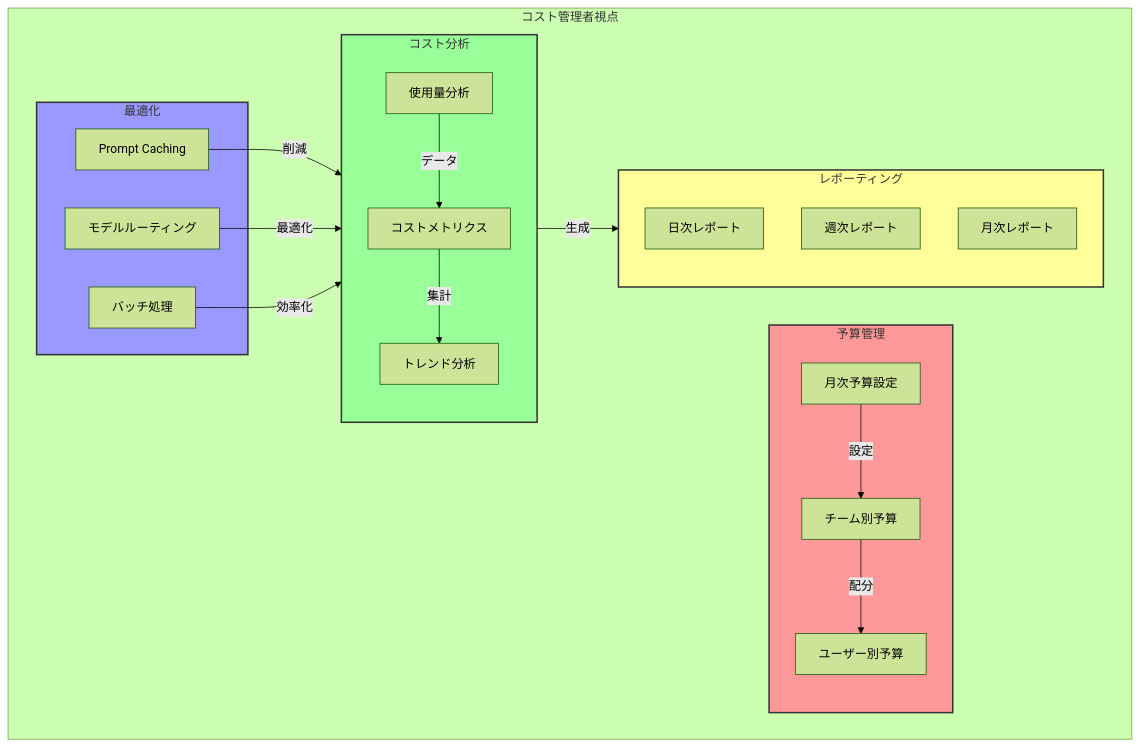
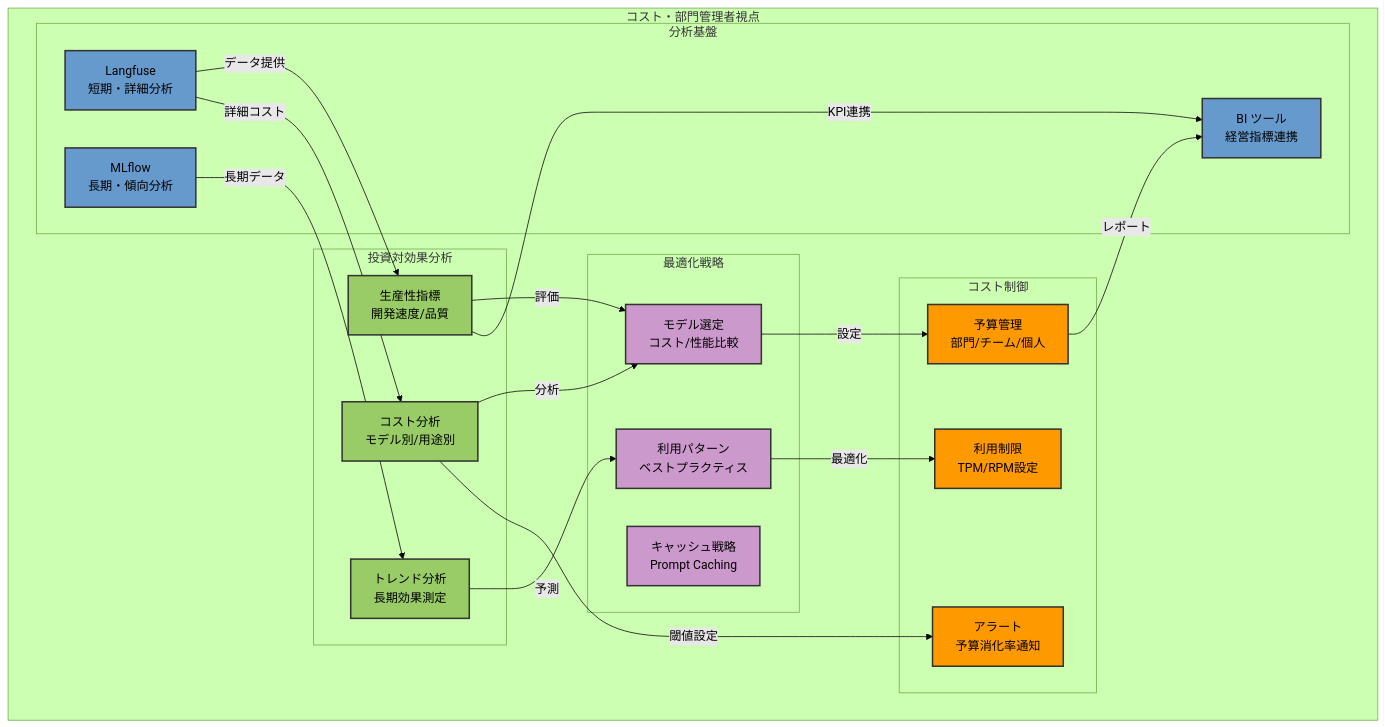
The third of 4 diagrams in workshops/ai-coding-workshop/cline/blog/README.md (littlemex/aws-samples), drawn with Mermaid (forest theme) before and after one commit. The commit also changed other lines of this file, not shown here.

````diff
--- a/workshops/ai-coding-workshop/cline/blog/README.md
+++ b/workshops/ai-coding-workshop/cline/blog/README.md
@@ -423,50 +292,53 @@
 ```mermaid
 graph TB
-    subgraph Cost_Management_View["コスト管理者視点"]
-        subgraph Budget["予算管理"]
-            MB[月次予算設定]
-            TB[チーム別予算]
-            UB[ユーザー別予算]
+    subgraph Cost_Manager_View["コスト・部門管理者視点"]
+        subgraph Analytics["分析基盤"]
+            LANG["Langfuse<br/>短期・詳細分析"]
+            MLF["MLflow<br/>長期・傾向分析"]
+            BI["BI ツール<br/>経営指標連携"]
         end
-
-        subgraph Analysis["コスト分析"]
-            UM[使用量分析]
-            CM[コストメトリクス]
-            TM[トレンド分析]
+        
+        subgraph Cost_Control["コスト制御"]
+            BUDGET["予算管理<br/>部門/チーム/個人"]
+            LIMIT["利用制限<br/>TPM/RPM設定"]
+            ALERT["アラート<br/>予算消化率通知"]
         end
-
-        subgraph Optimization["最適化"]
-            PC[Prompt Caching]
-            MR[モデルルーティング]
-            BC[バッチ処理]
+        
+        subgraph ROI_Analysis["投資対効果分析"]
+            METRIC["生産性指標<br/>開発速度/品質"]
+            COST["コスト分析<br/>モデル別/用途別"]
+            TREND["トレンド分析<br/>長期効果測定"]
         end
-
-        subgraph Reports["レポーティング"]
-            DR[日次レポート]
-            WR[週次レポート]
-            MR2[月次レポート]
+        
+        subgraph Optimization["最適化戦略"]
+            MODEL["モデル選定<br/>コスト/性能比較"]
+            CACHE["キャッシュ戦略<br/>Prompt Caching"]
+            PATTERN["利用パターン<br/>ベストプラクティス"]
         end
     end
-
-    MB -->|設定| TB
-    TB -->|配分| UB
     
-    UM -->|データ| CM
-    CM -->|集計| TM
+    LANG -->|"データ提供"| METRIC
+    LANG -->|"詳細コスト"| COST
+    MLF -->|"長期データ"| TREND
     
-    PC -->|削減| Analysis
-    MR -->|最適化| Analysis
-    BC -->|効率化| Analysis
+    COST -->|"分析"| MODEL
+    METRIC -->|"評価"| MODEL
+    TREND -->|"予測"| PATTERN
     
-    Analysis -->|生成| Reports
-
-    classDef budget fill:#f99,stroke:#333,stroke-width:2px
-    classDef analysis fill:#9f9,stroke:#333,stroke-width:2px
-    classDef optimization fill:#99f,stroke:#333,stroke-width:2px
-    classDef reports fill:#ff9,stroke:#333,stroke-width:2px
+    MODEL -->|"設定"| BUDGET
+    PATTERN -->|"最適化"| LIMIT
+    COST -->|"閾値設定"| ALERT
     
-    class Budget budget
-    class Analysis analysis
-    class Optimization optimization
-    class Reports reports
+    BUDGET -->|"レポート"| BI
+    METRIC -->|"KPI連携"| BI
+    
+    classDef analytics fill:#6699CC,stroke:#333,stroke-width:2px
+    classDef control fill:#FF9900,stroke:#333,stroke-width:2px
+    classDef roi fill:#99CC66,stroke:#333,stroke-width:2px
+    classDef optimize fill:#CC99CC,stroke:#333,stroke-width:2px
+    
+    class LANG,MLF,BI analytics
+    class BUDGET,LIMIT,ALERT control
+    class METRIC,COST,TREND roi
+    class MODEL,CACHE,PATTERN optimize
 ```
````
